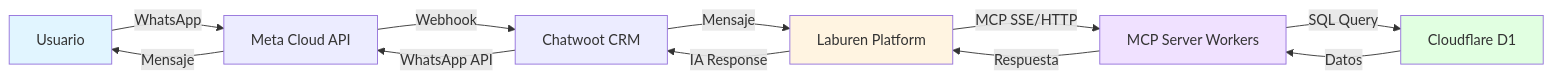
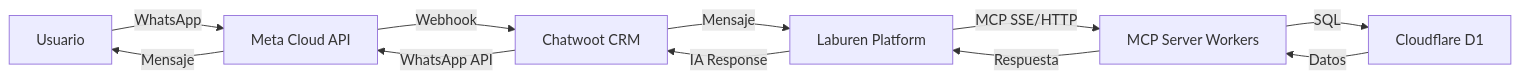
Before and after one commit to ArielDRighi/laburen-challenge: the first of 4 diagrams in docs/flujo-agente.md, drawn with Mermaid. The commit also changed other lines of this file and 13 other files, not shown here.

````diff
--- a/docs/flujo-agente.md
+++ b/docs/flujo-agente.md
@@ -9,18 +5,13 @@
 ```mermaid
 graph LR
     A[Usuario] -->|WhatsApp| B[Meta Cloud API]
     B -->|Webhook| C[Chatwoot CRM]
     C -->|Mensaje| D[Laburen Platform]
     D -->|MCP SSE/HTTP| E[MCP Server Workers]
-    E -->|SQL Query| F[Cloudflare D1]
+    E -->|SQL| F[Cloudflare D1]
     F -->|Datos| E
     E -->|Respuesta| D
     D -->|IA Response| C
     C -->|WhatsApp API| B
     B -->|Mensaje| A
-
-    style A fill:#e1f5ff
-    style D fill:#fff4e1
-    style E fill:#f0e1ff
-    style F fill:#e1ffe1
 ```
````
